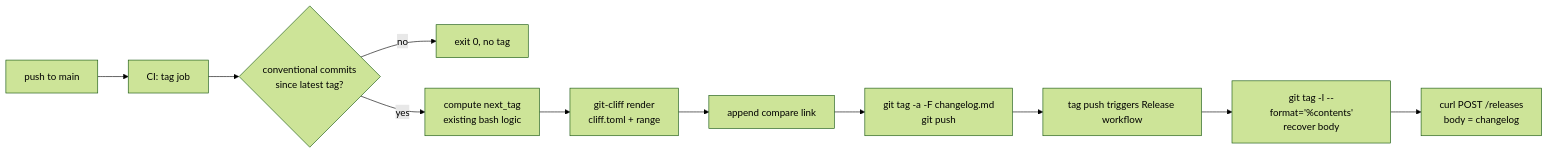
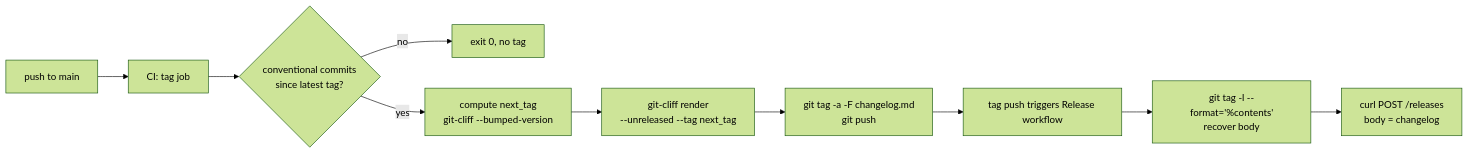
Before and after one commit to ocman/ocman: the diagram in spec/release-changelog/architecture.md, drawn with Mermaid (forest theme). The commit also changed other lines of this file and 2 other files, not shown here.

First line of the commit message:
ci: compute release tags with git-cliff

````diff
--- a/spec/release-changelog/architecture.md
+++ b/spec/release-changelog/architecture.md
@@ -21,13 +21,12 @@
 ```mermaid
 flowchart LR
     A[push to main] --> B[CI: tag job]
     B --> C{conventional commits<br/>since latest tag?}
     C -- no --> X[exit 0, no tag]
-    C -- yes --> D[compute next_tag<br/>existing bash logic]
-    D --> E[git-cliff render<br/>cliff.toml + range]
-    E --> F[append compare link]
-    F --> G[git tag -a -F changelog.md<br/>git push]
+    C -- yes --> D[compute next_tag<br/>git-cliff --bumped-version]
+    D --> E[git-cliff render<br/>--unreleased --tag next_tag]
+    E --> G[git tag -a -F changelog.md<br/>git push]
     G --> H[tag push triggers Release workflow]
     H --> I[git tag -l --format='%contents'<br/>recover body]
     I --> J[curl POST /releases<br/>body = changelog]
 ```
````
